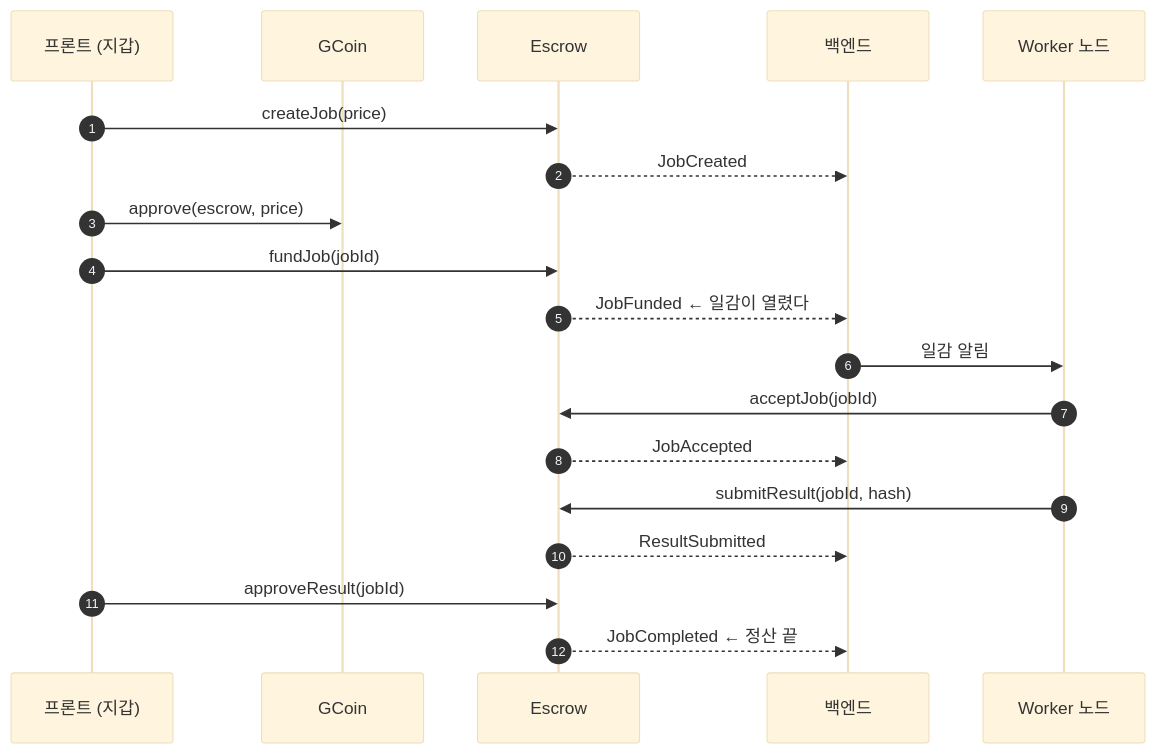
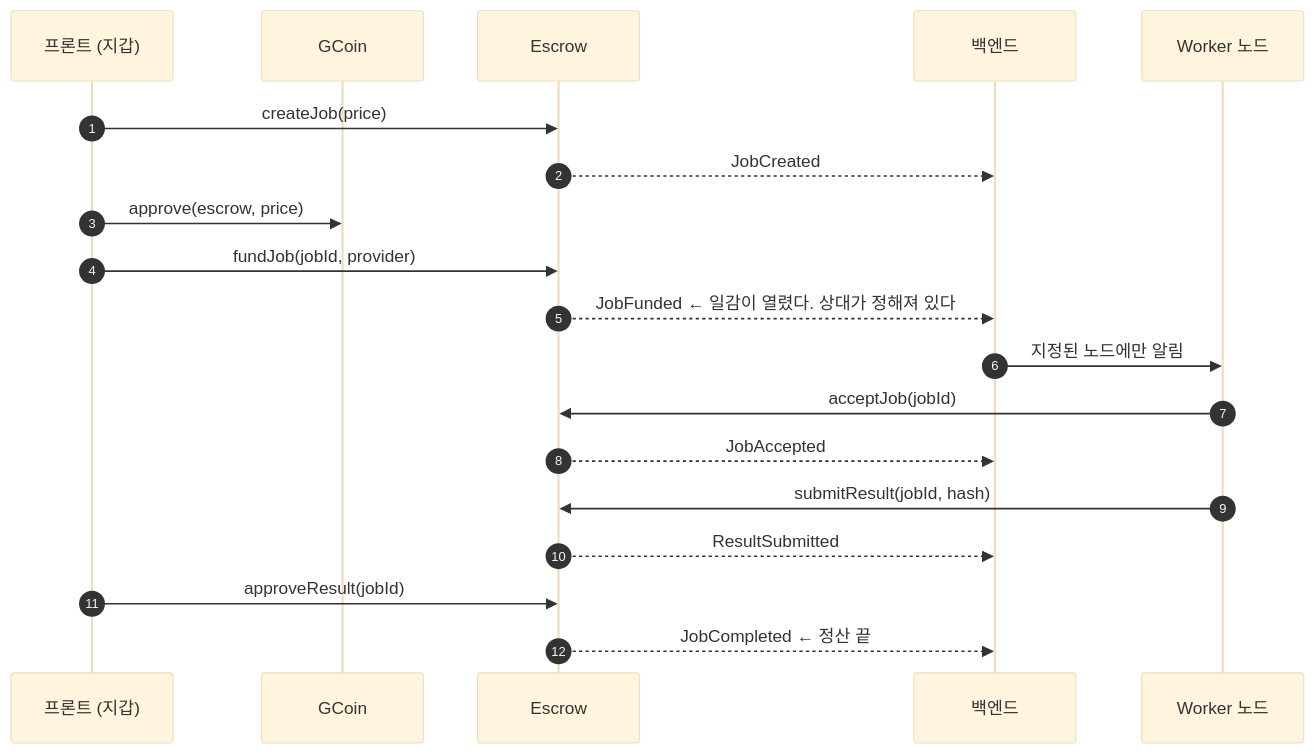
One commit to tnscjf3146/g-shared changed the diagram in blockchain/docs/03-에스크로-연동-규격.md. Above: the diagram before and after it, drawn with Mermaid (base theme). The commit also changed other lines of this file and 1 other file, not shown here.

````diff
--- a/blockchain/docs/03-에스크로-연동-규격.md
+++ b/blockchain/docs/03-에스크로-연동-규격.md
@@ -12,22 +15,22 @@
 ```mermaid
 sequenceDiagram
     autonumber
     participant F as 프론트 (지갑)
     participant T as GCoin
     participant E as Escrow
     participant B as 백엔드
     participant W as Worker 노드
 
     F->>E: createJob(price)
     E-->>B: JobCreated
     F->>T: approve(escrow, price)
-    F->>E: fundJob(jobId)
-    E-->>B: JobFunded ← 일감이 열렸다
-    B->>W: 일감 알림
+    F->>E: fundJob(jobId, provider)
+    E-->>B: JobFunded ← 일감이 열렸다. 상대가 정해져 있다
+    B->>W: 지정된 노드에만 알림
     W->>E: acceptJob(jobId)
     E-->>B: JobAccepted
     W->>E: submitResult(jobId, hash)
     E-->>B: ResultSubmitted
     F->>E: approveResult(jobId)
     E-->>B: JobCompleted ← 정산 끝
 ```
````
